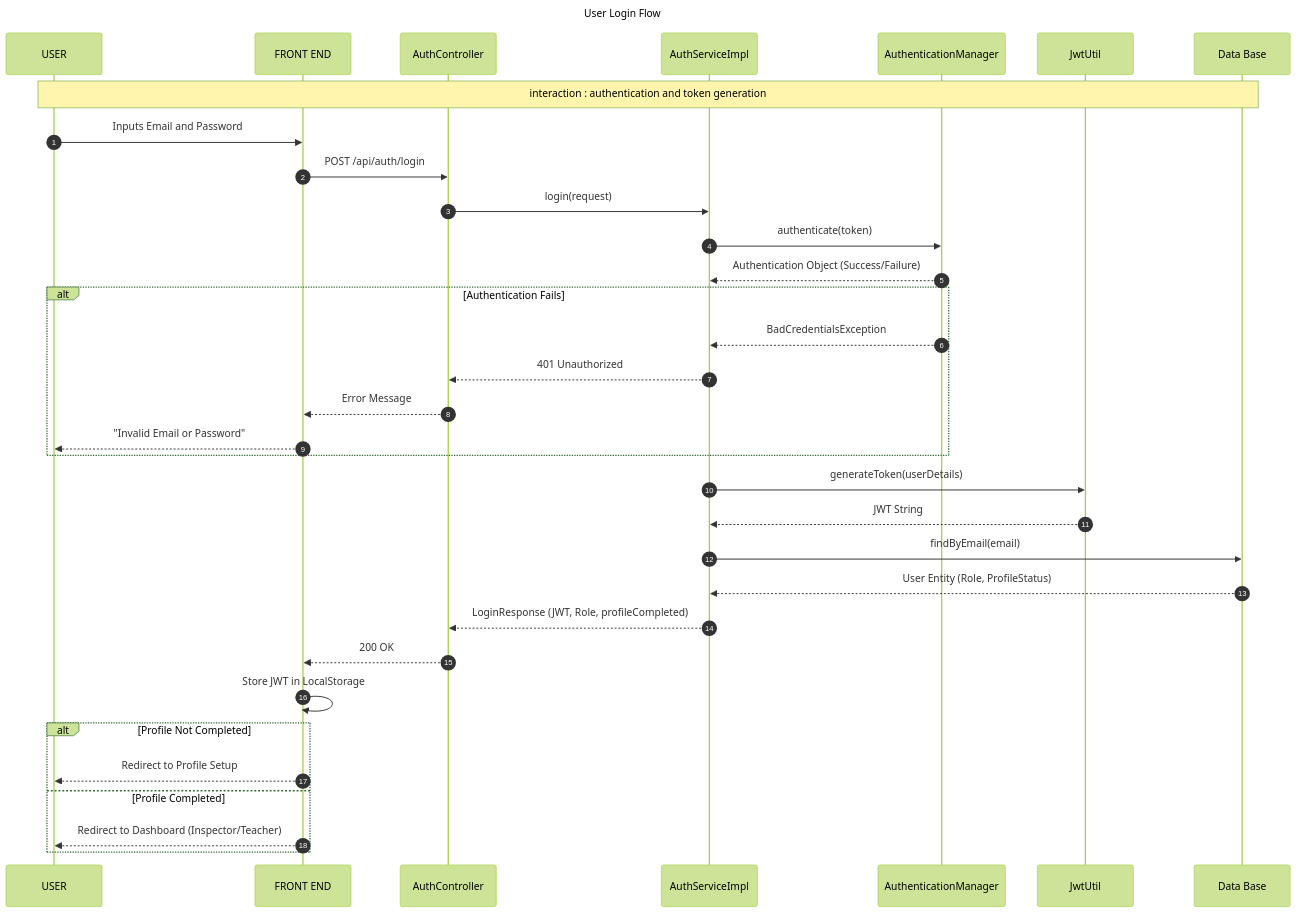
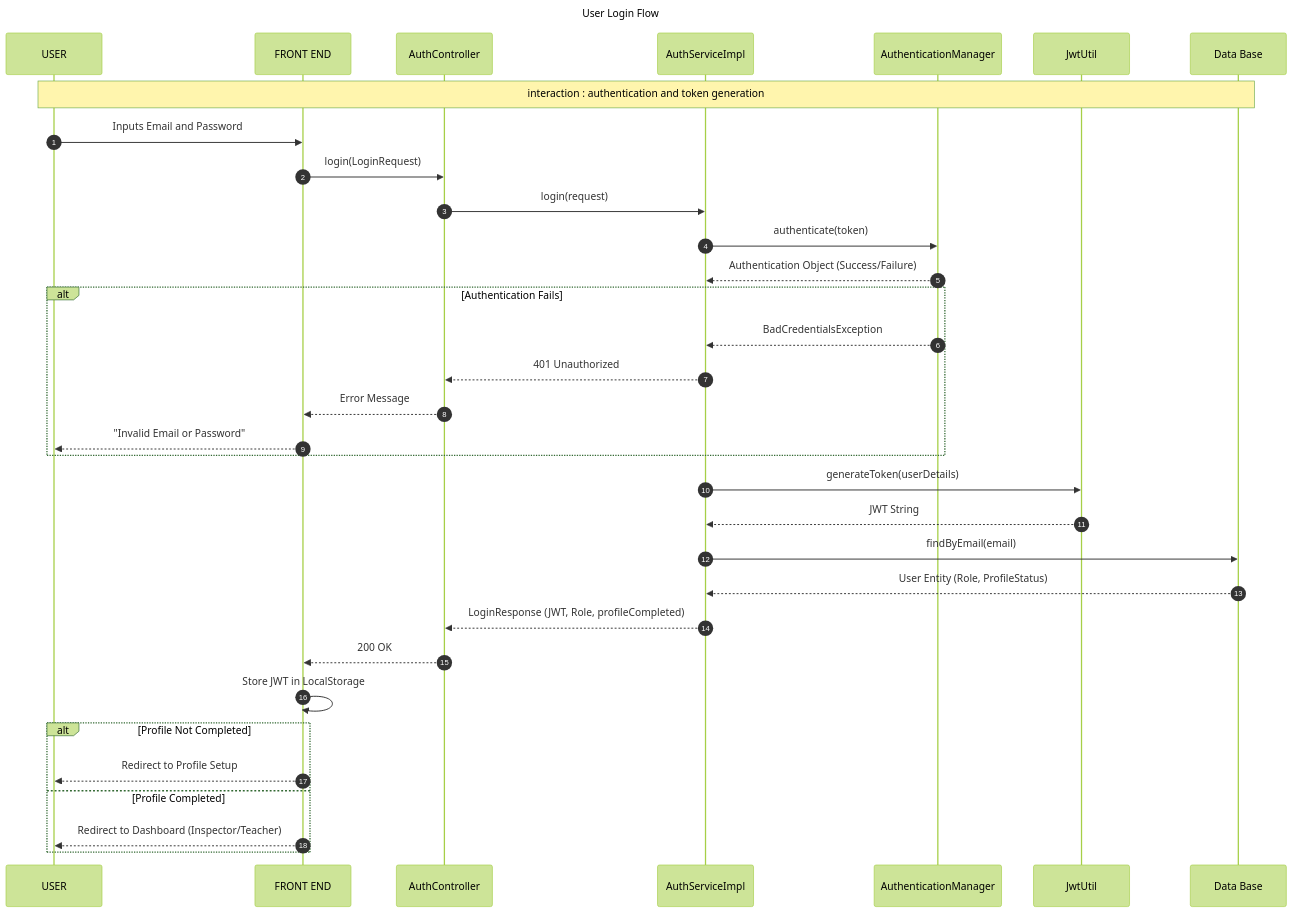
The second of 4 diagrams in uml_diagrams/auth_and_profile_sequences.md (chbichibsofiene/inspector), drawn with Mermaid (forest theme) before and after one commit. The commit also changed other lines of this file and 145 other files, not shown here.

Commit message:
Integrated mobile app, updated UI elements, and synced all UML diagrams with backend implementation

````diff
--- a/uml_diagrams/auth_and_profile_sequences.md
+++ b/uml_diagrams/auth_and_profile_sequences.md
@@ -59,45 +59,45 @@
 ```mermaid
 sequenceDiagram
     title: User Login Flow
     autonumber
     participant USER as USER
     participant FE as FRONT END
     participant AC as AuthController
     participant AS as AuthServiceImpl
     participant AM as AuthenticationManager
     participant JU as JwtUtil
     participant DB as Data Base
 
     Note over USER, DB: interaction : authentication and token generation
 
     USER->>FE: Inputs Email and Password
-    FE->>AC: POST /api/auth/login
+    FE->>AC: login(LoginRequest)
     AC->>AS: login(request)
     
     AS->>AM: authenticate(token)
     AM-->>AS: Authentication Object (Success/Failure)
     
     alt Authentication Fails
         AM-->>AS: BadCredentialsException
         AS-->>AC: 401 Unauthorized
         AC-->>FE: Error Message
         FE-->>USER: "Invalid Email or Password"
     end
 
     AS->>JU: generateToken(userDetails)
     JU-->>AS: JWT String
 
     AS->>DB: findByEmail(email)
     DB-->>AS: User Entity (Role, ProfileStatus)
 
     AS-->>AC: LoginResponse (JWT, Role, profileCompleted)
     AC-->>FE: 200 OK
     
     FE->>FE: Store JWT in LocalStorage
     
     alt Profile Not Completed
         FE-->>USER: Redirect to Profile Setup
     else Profile Completed
         FE-->>USER: Redirect to Dashboard (Inspector/Teacher)
     end
 ```
````
